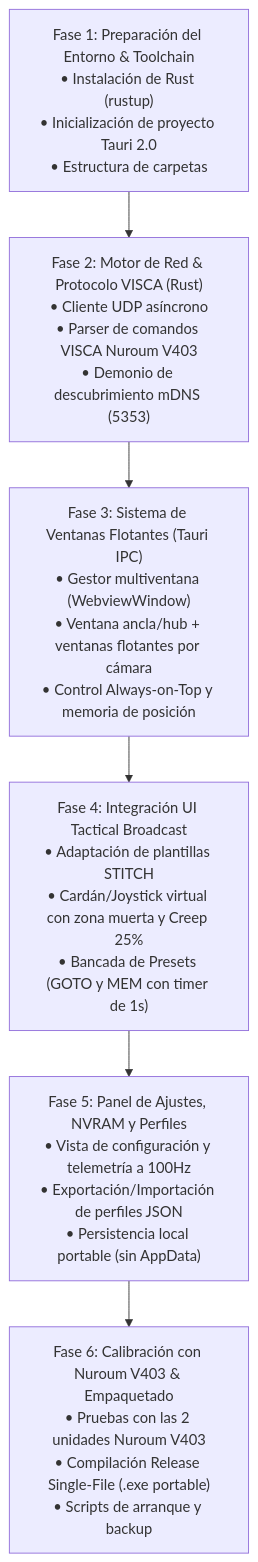
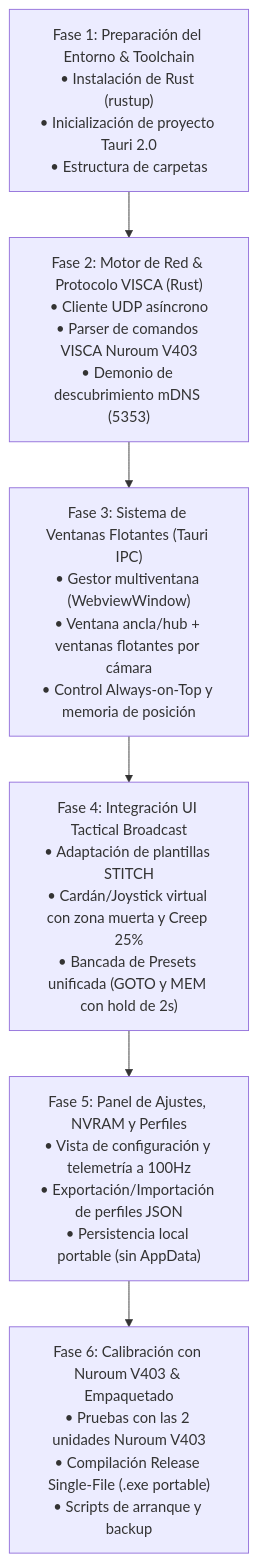
The diagram in PLAN_DE_TRABAJO.md (vgisbert/ndi-ptz-joystick-controller), drawn with Mermaid before and after one commit. The commit also changed other lines of this file and 12 other files, not shown here.

````diff
--- a/PLAN_DE_TRABAJO.md
+++ b/PLAN_DE_TRABAJO.md
@@ -12,15 +12,15 @@
 ```mermaid
 flowchart TD
     Fase1["Fase 1: Preparación del Entorno & Toolchain<br>• Instalación de Rust (rustup)<br>• Inicialización de proyecto Tauri 2.0<br>• Estructura de carpetas"]
     Fase2["Fase 2: Motor de Red & Protocolo VISCA (Rust)<br>• Cliente UDP asíncrono<br>• Parser de comandos VISCA Nuroum V403<br>• Demonio de descubrimiento mDNS (5353)"]
     Fase3["Fase 3: Sistema de Ventanas Flotantes (Tauri IPC)<br>• Gestor multiventana (WebviewWindow)<br>• Ventana ancla/hub + ventanas flotantes por cámara<br>• Control Always-on-Top y memoria de posición"]
-    Fase4["Fase 4: Integración UI Tactical Broadcast<br>• Adaptación de plantillas STITCH<br>• Cardán/Joystick virtual con zona muerta y Creep 25%<br>• Bancada de Presets (GOTO y MEM con timer de 1s)"]
+    Fase4["Fase 4: Integración UI Tactical Broadcast<br>• Adaptación de plantillas STITCH<br>• Cardán/Joystick virtual con zona muerta y Creep 25%<br>• Bancada de Presets unificada (GOTO y MEM con hold de 2s)"]
     Fase5["Fase 5: Panel de Ajustes, NVRAM y Perfiles<br>• Vista de configuración y telemetría a 100Hz<br>• Exportación/Importación de perfiles JSON<br>• Persistencia local portable (sin AppData)"]
     Fase6["Fase 6: Calibración con Nuroum V403 & Empaquetado<br>• Pruebas con las 2 unidades Nuroum V403<br>• Compilación Release Single-File (.exe portable)<br>• Scripts de arranque y backup"]
 
     Fase1 --> Fase2
     Fase2 --> Fase3
     Fase3 --> Fase4
     Fase4 --> Fase5
     Fase5 --> Fase6
 ```
````
